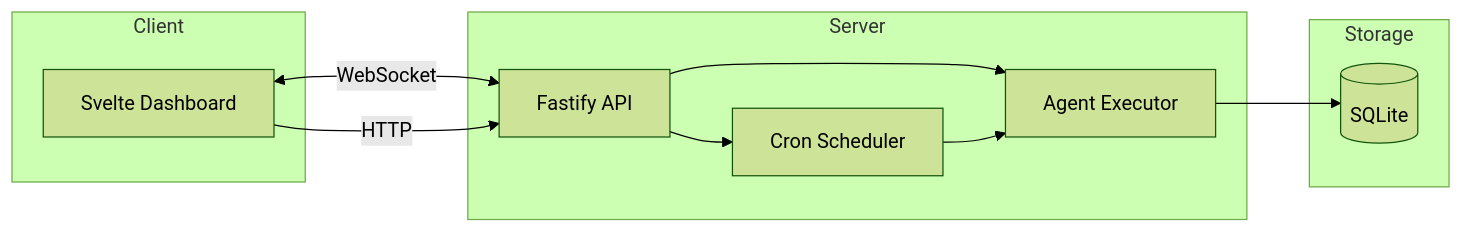
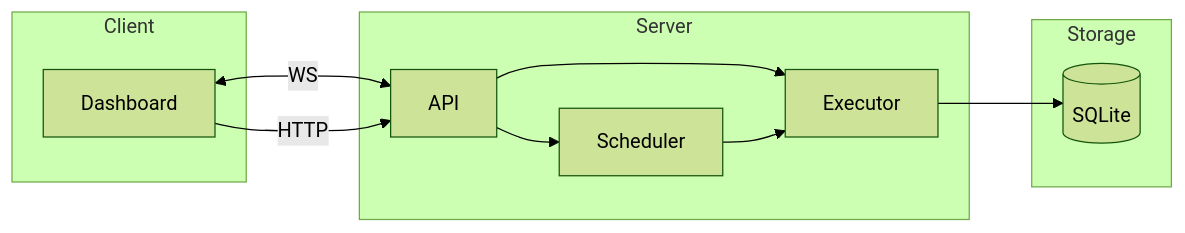
One commit to NothingFancyAI/skills changed the fourth of 4 diagrams in plugins/spec-anchored-development/skills/spec-anchored-development/SKILL.md. Above: the diagram before and after it, drawn with Mermaid (forest theme). The commit also changed other lines of this file and 3 other files, not shown here.

````diff
--- a/plugins/spec-anchored-development/skills/spec-anchored-development/SKILL.md
+++ b/plugins/spec-anchored-development/skills/spec-anchored-development/SKILL.md
@@ -84,21 +247,20 @@
 ```mermaid
 graph LR
     subgraph Client
-        Dashboard[Svelte Dashboard]
+        Dashboard[Dashboard]
     end
     subgraph Server
-        API[Fastify API]
-        Executor[Agent Executor]
-        Scheduler[Cron Scheduler]
+        API[API]
+        Executor[Executor]
+        Scheduler[Scheduler]
     end
     subgraph Storage
-        SQLite[(SQLite)]
+        DB[(SQLite)]
     end
-
-    Dashboard <-->|WebSocket| API
+    Dashboard <-->|WS| API
     Dashboard -->|HTTP| API
     API --> Executor
     API --> Scheduler
-    Executor --> SQLite
+    Executor --> DB
     Scheduler --> Executor
 ```
````
